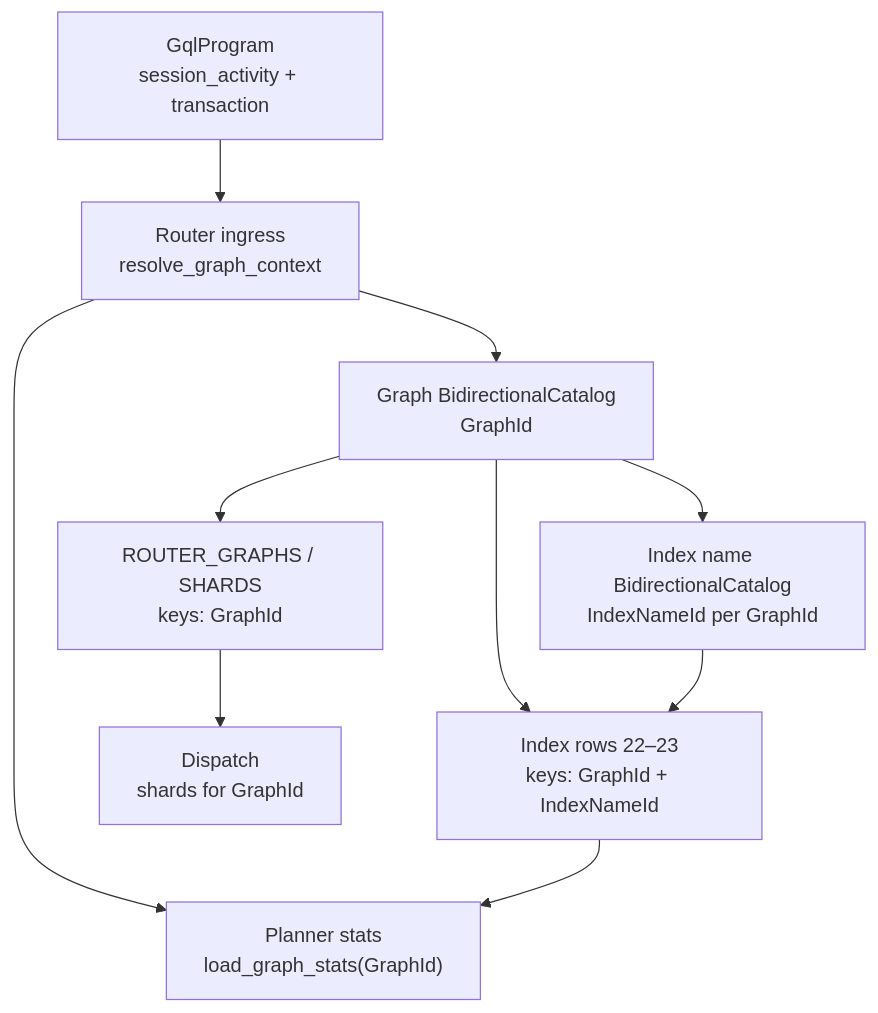
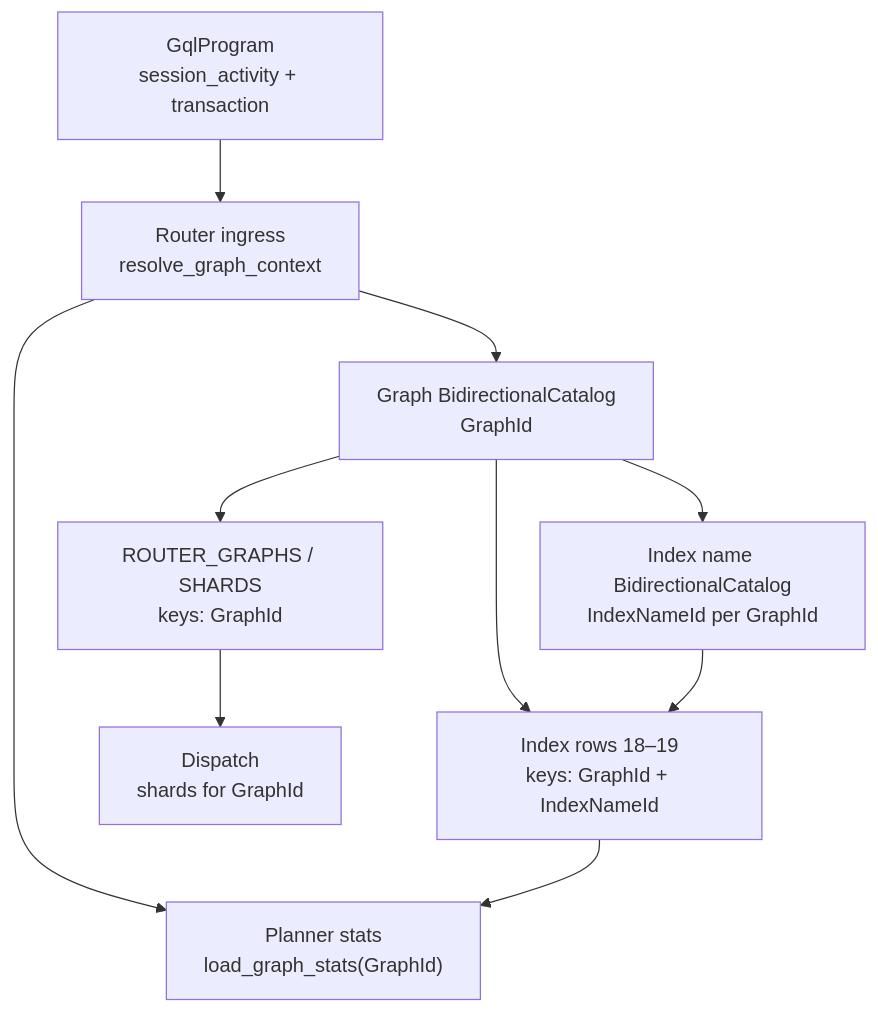
The diagram in design/adr/0011-gql-graph-resolution-and-catalog-scoping.md (perforate-org/gleaph), drawn with Mermaid before and after one commit. The commit also changed other lines of this file and 39 other files, not shown here.

````diff
--- a/design/adr/0011-gql-graph-resolution-and-catalog-scoping.md
+++ b/design/adr/0011-gql-graph-resolution-and-catalog-scoping.md
@@ -317,21 +317,21 @@
 ```mermaid
 flowchart TB
     P["GqlProgram<br/>session_activity + transaction"]
     R["Router ingress<br/>resolve_graph_context"]
     GC["Graph BidirectionalCatalog<br/>GraphId"]
     INC["Index name BidirectionalCatalog<br/>IndexNameId per GraphId"]
     REG["ROUTER_GRAPHS / SHARDS<br/>keys: GraphId"]
-    IC["Index rows 22–23<br/>keys: GraphId + IndexNameId"]
+    IC["Index rows 18–19<br/>keys: GraphId + IndexNameId"]
     PL["Planner stats<br/>load_graph_stats(GraphId)"]
     D["Dispatch<br/>shards for GraphId"]
 
     P --> R
     R --> GC
     GC --> REG
     GC --> IC
     GC --> INC
     INC --> IC
     R --> PL
     IC --> PL
     REG --> D
 ```
````
